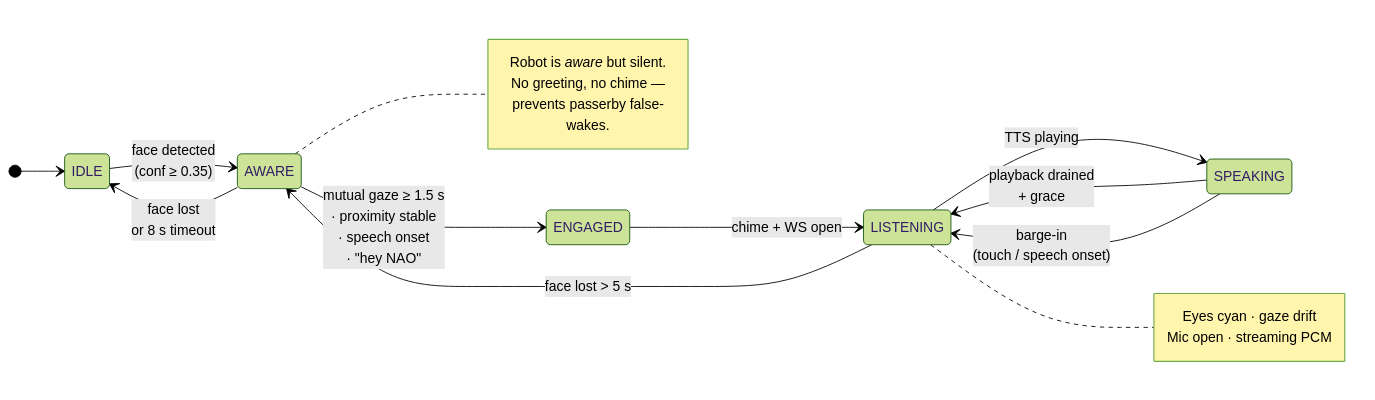
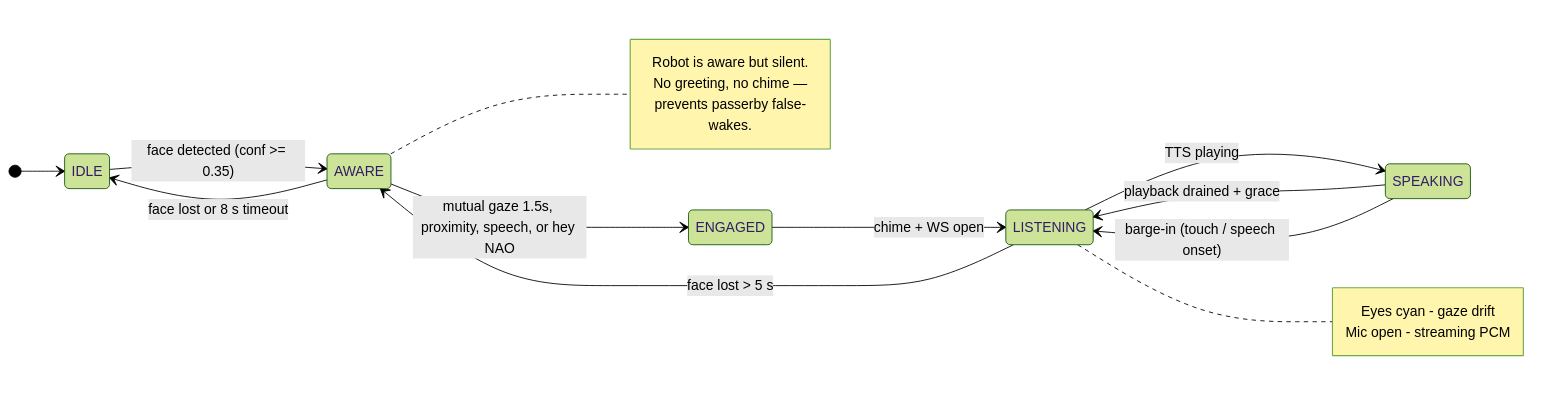
The fourth of 8 diagrams in README.md (theaayushstha1/Nao-OpenAI-Morgan-Assist), drawn with Mermaid (forest theme) before and after one commit. The commit also changed other lines of this file, not shown here.

First line of the commit message:
README: zero emojis, fix mermaid parse error in voice/mic lifecycle

````diff
--- a/README.md
+++ b/README.md
@@ -188,25 +190,25 @@
 ```mermaid
 stateDiagram-v2
     direction LR
 
     [*] --> IDLE
-    IDLE --> AWARE: face detected<br/>(conf ≥ 0.35)
-    AWARE --> IDLE: face lost<br/>or 8 s timeout
-    AWARE --> ENGAGED: mutual gaze ≥ 1.5 s<br/>· proximity stable<br/>· speech onset<br/>· "hey NAO"
+    IDLE --> AWARE: face detected (conf >= 0.35)
+    AWARE --> IDLE: face lost or 8 s timeout
+    AWARE --> ENGAGED: mutual gaze 1.5s, proximity, speech, or hey NAO
     ENGAGED --> LISTENING: chime + WS open
     LISTENING --> SPEAKING: TTS playing
-    SPEAKING --> LISTENING: playback drained<br/>+ grace
+    SPEAKING --> LISTENING: playback drained + grace
     LISTENING --> AWARE: face lost > 5 s
-    SPEAKING --> LISTENING: barge-in<br/>(touch / speech onset)
+    SPEAKING --> LISTENING: barge-in (touch / speech onset)
 
     note right of AWARE
-        Robot is *aware* but silent.
+        Robot is aware but silent.
         No greeting, no chime —
         prevents passerby false-wakes.
     end note
 
     note right of LISTENING
-        Eyes cyan · gaze drift
-        Mic open · streaming PCM
+        Eyes cyan - gaze drift
+        Mic open - streaming PCM
     end note
 ```
````
